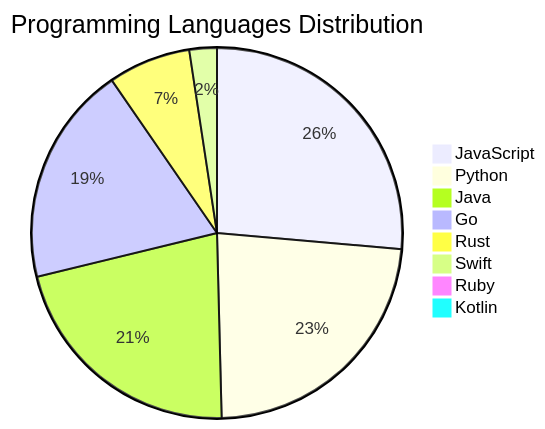
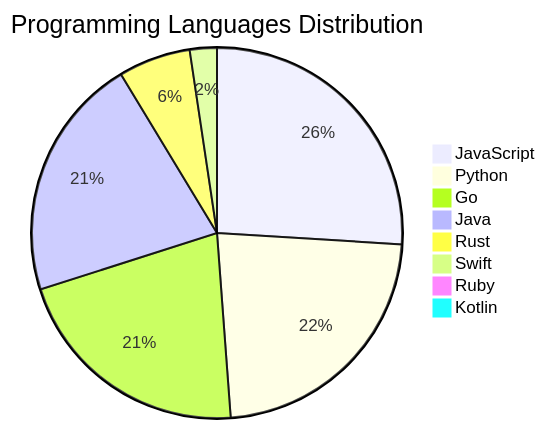
Before and after one commit to Derrick-MUGISHA/github-activity-bot: the diagram in README.md, drawn with Mermaid. The commit also changed other lines of this file and 4 other files, not shown here.

````diff
--- a/README.md
+++ b/README.md
@@ -208,11 +208,11 @@
 ```mermaid
 pie title Programming Languages Distribution
     "JavaScript" : 33
     "Python" : 29
+    "Go" : 27
     "Java" : 27
-    "Go" : 24
-    "Rust" : 9
+    "Rust" : 8
     "Swift" : 3
     "Ruby" : 1
     "Kotlin" : 1
 ```
````
